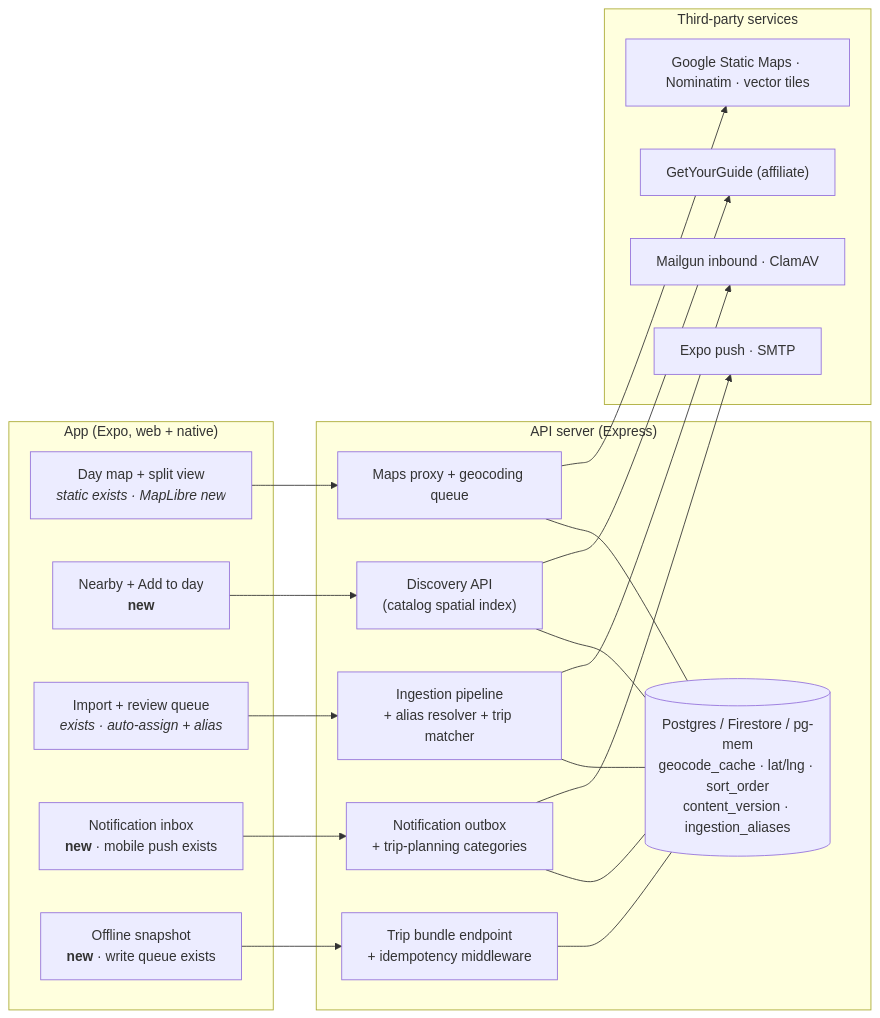
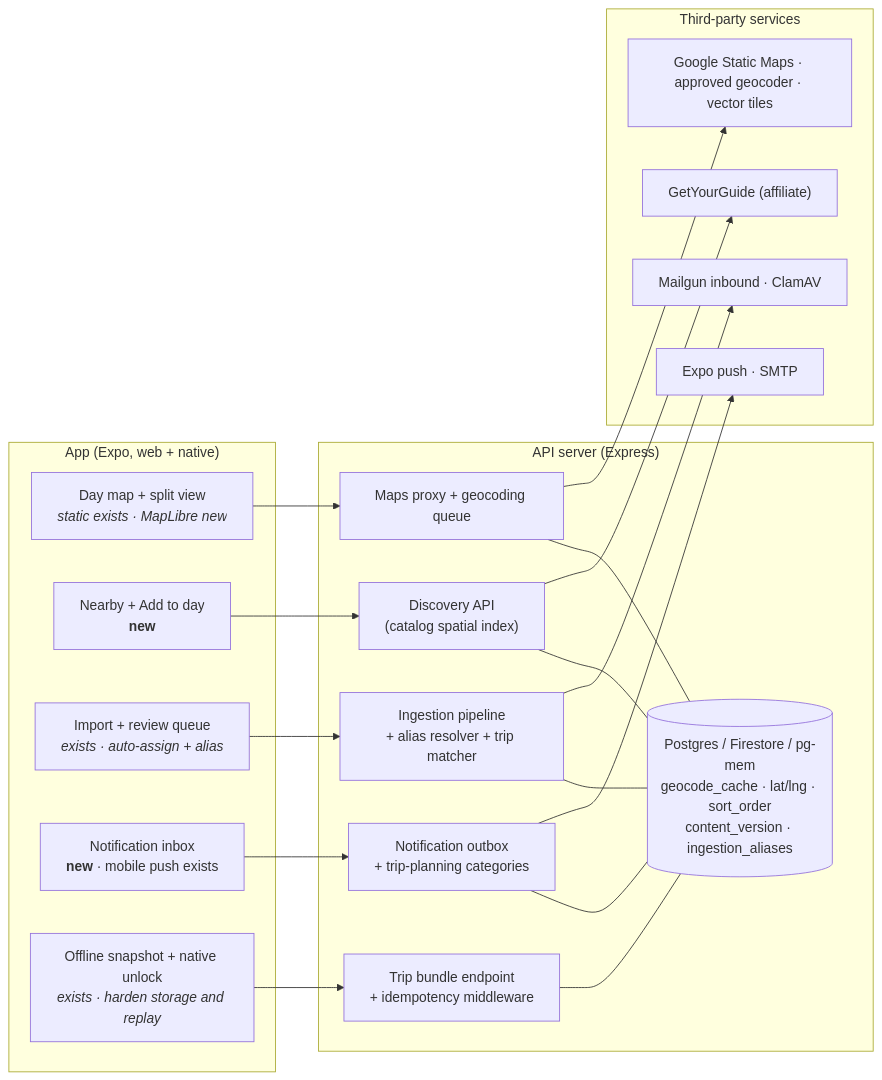
One commit to Duerk-Industries/Travel-Itinerary-App changed the diagram in docs/implementation_plans/implementation-plan-gap-closing.md. Above: the diagram before and after it, drawn with Mermaid. The commit also changed other lines of this file, not shown here.

````diff
--- a/docs/implementation_plans/implementation-plan-gap-closing.md
+++ b/docs/implementation_plans/implementation-plan-gap-closing.md
@@ -36,30 +59,30 @@
 ```mermaid
 flowchart LR
   subgraph App["App (Expo, web + native)"]
     A1["Day map + split view<br/><i>static exists · MapLibre new</i>"]
     A2["Nearby + Add to day<br/><b>new</b>"]
     A3["Import + review queue<br/><i>exists · auto-assign + alias</i>"]
     A4["Notification inbox<br/><b>new</b> · mobile push exists"]
-    A5["Offline snapshot<br/><b>new</b> · write queue exists"]
+    A5["Offline snapshot + native unlock<br/><i>exists · harden storage and replay</i>"]
   end
   subgraph API["API server (Express)"]
     S1["Maps proxy + geocoding queue"]
     S2["Discovery API<br/>(catalog spatial index)"]
     S3["Ingestion pipeline<br/>+ alias resolver + trip matcher"]
     S4["Notification outbox<br/>+ trip-planning categories"]
     S5["Trip bundle endpoint<br/>+ idempotency middleware"]
     DB[("Postgres / Firestore / pg-mem<br/>geocode_cache · lat/lng · sort_order<br/>content_version · ingestion_aliases")]
   end
   subgraph Ext["Third-party services"]
-    E1["Google Static Maps · Nominatim · vector tiles"]
+    E1["Google Static Maps · approved geocoder · vector tiles"]
     E2["GetYourGuide (affiliate)"]
     E3["Mailgun inbound · ClamAV"]
     E4["Expo push · SMTP"]
   end
   A1-->S1-->E1
   A2-->S2-->E2
   A3-->S3-->E3
   A4-->S4-->E4
   A5-->S5
   S1 & S2 & S3 & S4 & S5 --- DB
 ```
````
